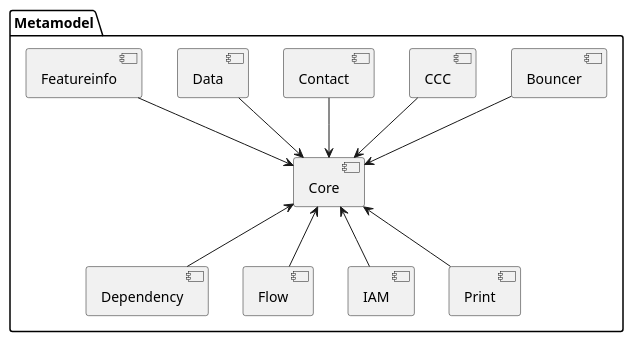
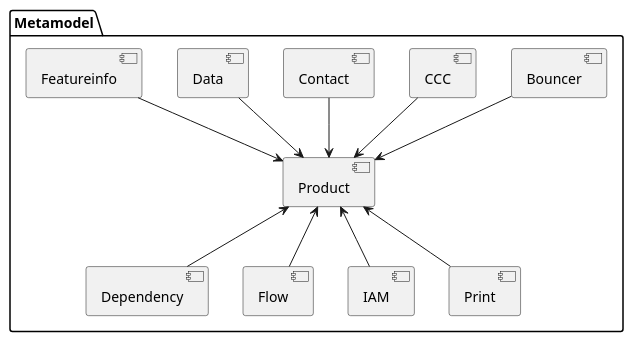
One commit to simi-so/mm changed the diagram in puml/src/simi_overview.puml. Above: the diagram before and after it, drawn with PlantUML. The commit also changed 6 other files, not shown here.

```diff
--- a/puml/src/simi_overview.puml
+++ b/puml/src/simi_overview.puml
@@ -1,28 +1,28 @@
 @startuml
 package Metamodel {
-  [Core] as core
+  [Product] as prod
 
   [Bouncer] as bouncer
   [CCC] as ccc
   [Contact] as con
   [Data] as data
 
   [Dependency] as dep
   [Flow] as flow
   [IAM] as iam
   [Print] as print
 
   [Featureinfo] as fi
 }
 
-bouncer --> core
-ccc --> core
-con --> core
-data --> core
-fi --> core
+bouncer --> prod
+ccc --> prod
+con --> prod
+data --> prod
+fi --> prod
 
-dep -up-> core
-flow -up-> core
-iam -up-> core
-print -up-> core
+dep -up-> prod
+flow -up-> prod
+iam -up-> prod
+print -up-> prod
 @enduml
```
